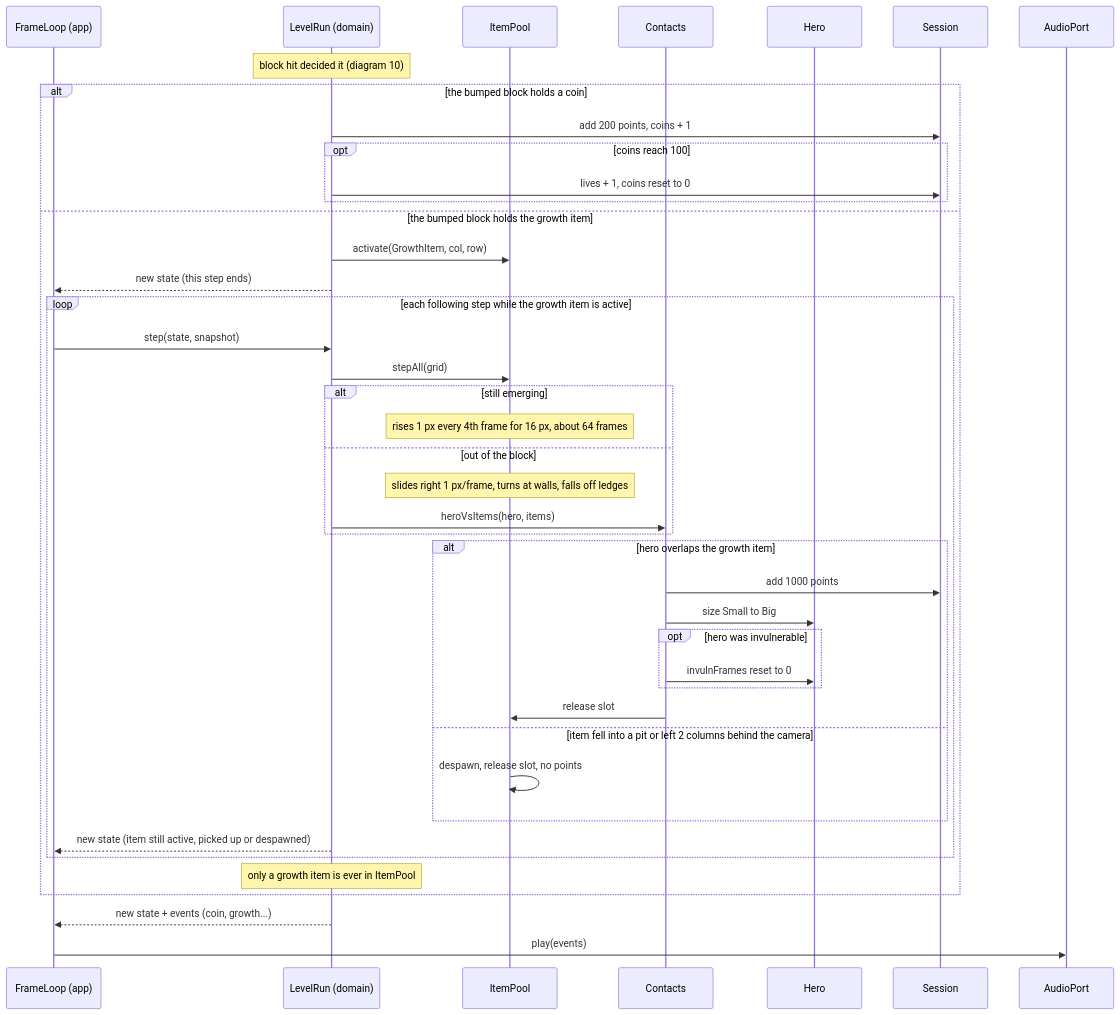
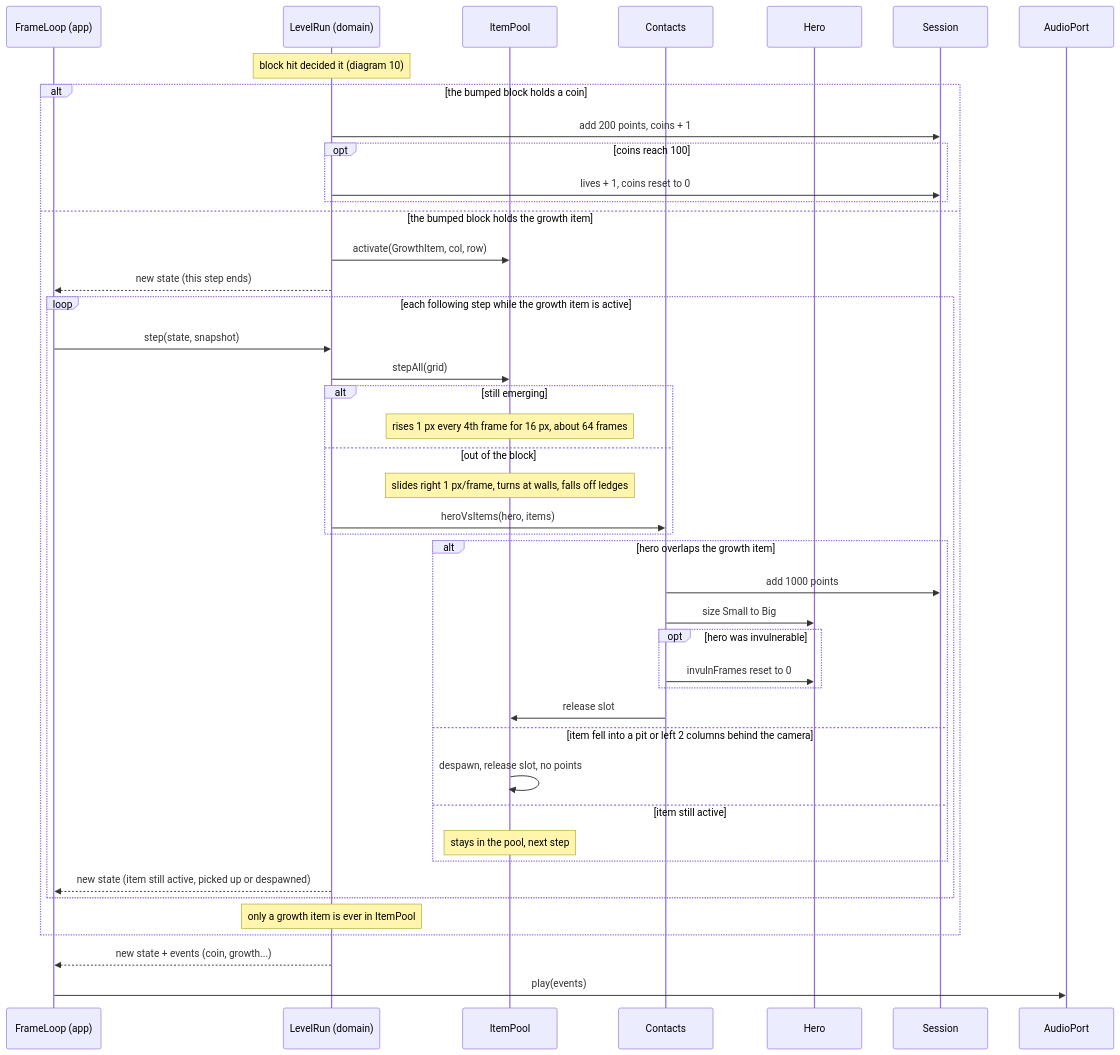
The diagram in docs/architecture/diagrams/gameplay/11-sequence-item-pickup.md (benoit-bremaud/retro-plumber), drawn with Mermaid before and after one commit. The commit also changed 1 other file, not shown here.

Commit message:
docs(uml): non-reactive blocks and active items in 10, 11 (#7)

````diff
--- a/docs/architecture/diagrams/gameplay/11-sequence-item-pickup.md
+++ b/docs/architecture/diagrams/gameplay/11-sequence-item-pickup.md
@@ -13,44 +13,46 @@
 ```mermaid
 sequenceDiagram
     participant FL as FrameLoop (app)
     participant LR as LevelRun (domain)
     participant IP as ItemPool
     participant Ct as Contacts
     participant H as Hero
     participant Sess as Session
     participant Snd as AudioPort
     Note over LR: block hit decided it (diagram 10)
     alt the bumped block holds a coin
         LR->>Sess: add 200 points, coins + 1
         opt coins reach 100
             LR->>Sess: lives + 1, coins reset to 0
         end
     else the bumped block holds the growth item
         LR->>IP: activate(GrowthItem, col, row)
         LR-->>FL: new state (this step ends)
         loop each following step while the growth item is active
             FL->>LR: step(state, snapshot)
             LR->>IP: stepAll(grid)
             alt still emerging
                 Note over IP: rises 1 px every 4th frame for 16 px, about 64 frames
             else out of the block
                 Note over IP: slides right 1 px/frame, turns at walls, falls off ledges
                 LR->>Ct: heroVsItems(hero, items)
             end
             alt hero overlaps the growth item
                 Ct->>Sess: add 1000 points
                 Ct->>H: size Small to Big
                 opt hero was invulnerable
                     Ct->>H: invulnFrames reset to 0
                 end
                 Ct->>IP: release slot
             else item fell into a pit or left 2 columns behind the camera
                 IP->>IP: despawn, release slot, no points
+            else item still active
+                Note over IP: stays in the pool, next step
             end
             LR-->>FL: new state (item still active, picked up or despawned)
         end
         Note over LR: only a growth item is ever in ItemPool
     end
     LR-->>FL: new state + events (coin, growth...)
     FL->>Snd: play(events)
 ```
````
